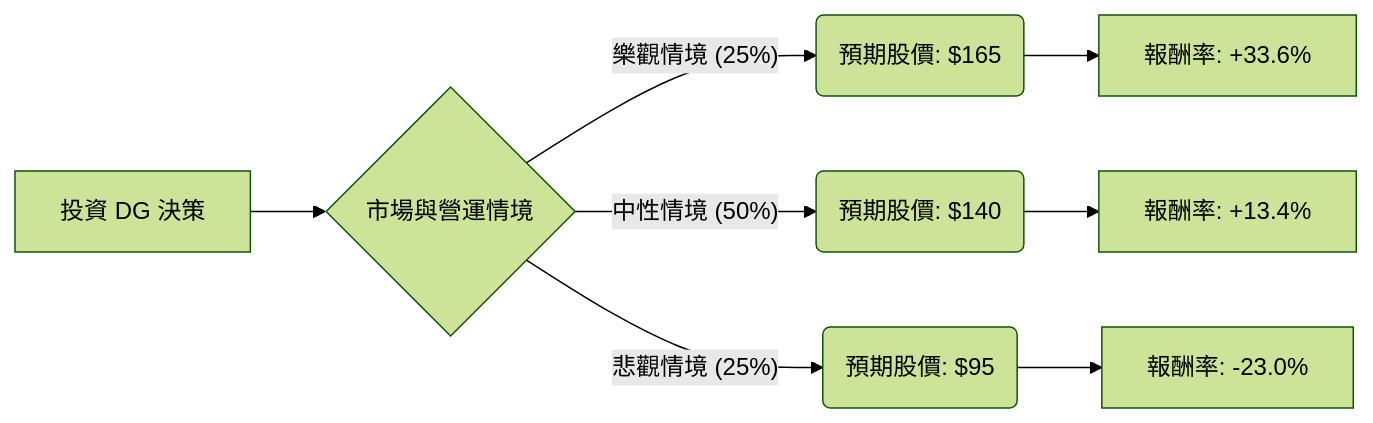
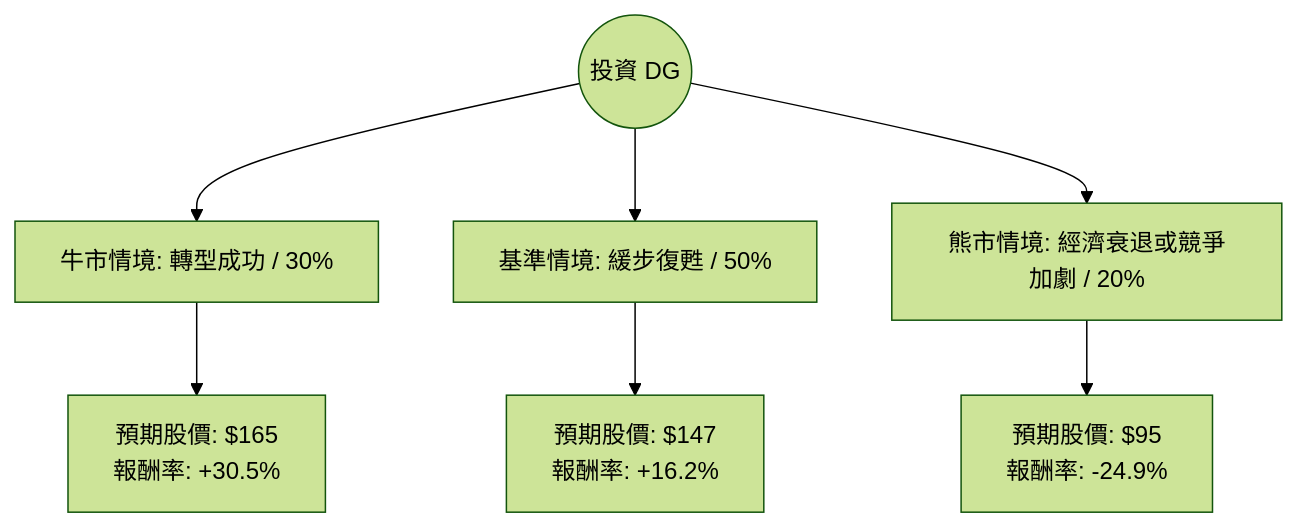
The diagram in plugin-react/ai-analysis/ev-analysis/DG.md (zmcx16/zmcx16.github.io), drawn with Mermaid (forest theme) before and after one commit. The commit also changed other lines of this file and 70 other files, not shown here.

````diff
--- a/plugin-react/ai-analysis/ev-analysis/DG.md
+++ b/plugin-react/ai-analysis/ev-analysis/DG.md
@@ -20,12 +19,10 @@
 ```mermaid
-graph LR
-    A[投資 DG 決策] --> B{市場與營運情境}
-    
-    B -- 樂觀情境 (25%) --> C(預期股價: $165)
-    B -- 中性情境 (50%) --> D(預期股價: $140)
-    B -- 悲觀情境 (25%) --> E(預期股價: $95)
+graph TD
+    Start((投資 DG)) --> Bull[牛市情境: 轉型成功 / 30%]
+    Start --> Base[基準情境: 緩步復甦 / 50%]
+    Start --> Bear[熊市情境: 經濟衰退或競爭加劇 / 20%]
 
-    C --> F[報酬率: +33.6%]
-    D --> G[報酬率: +13.4%]
-    E --> H[報酬率: -23.0%]
+    Bull --> Bull_Val[預期股價: $165 <br> 報酬率: +30.5%]
+    Base --> Base_Val[預期股價: $147 <br> 報酬率: +16.2%]
+    Bear --> Bear_Val[預期股價: $95 <br> 報酬率: -24.9%]
 ```
````
